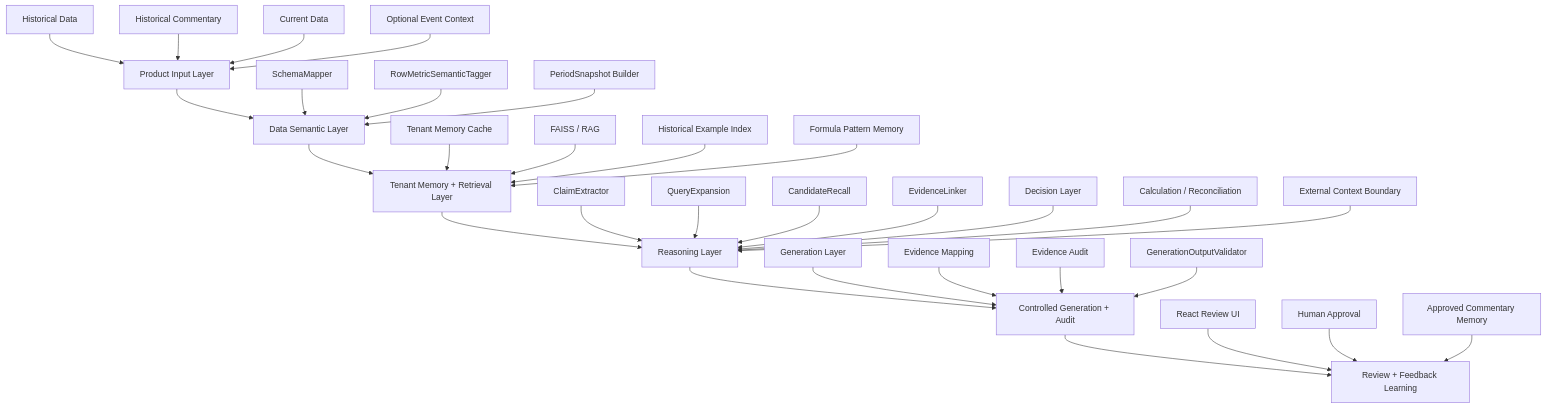
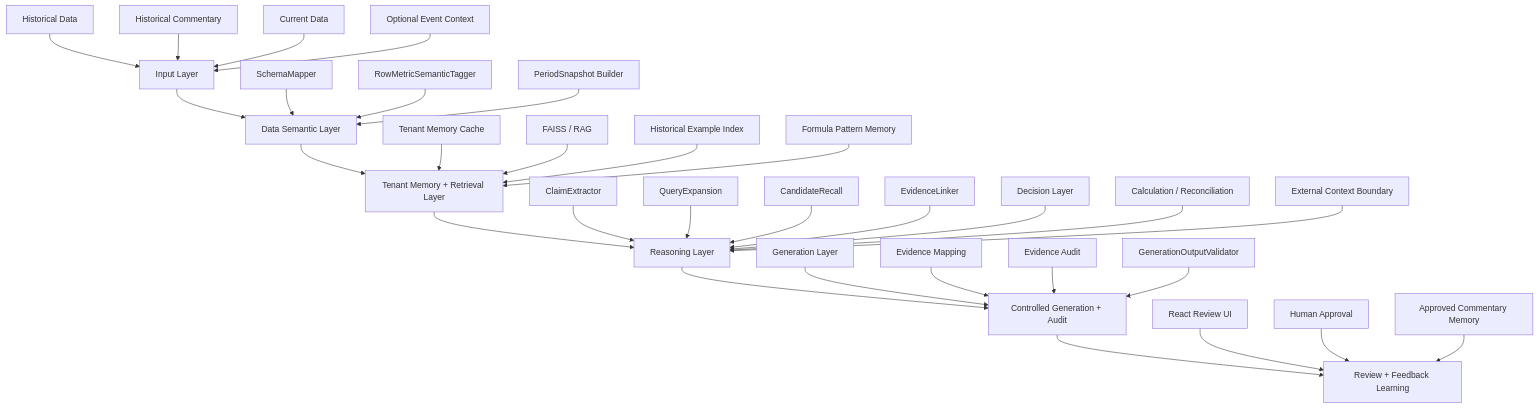
Before and after one commit to xmercuryx007/FCA-Public: the fourth of 12 diagrams in README.md, drawn with Mermaid. The commit also changed other lines of this file, not shown here.

````diff
--- a/README.md
+++ b/README.md
@@ -215,39 +220,39 @@
 ```mermaid
 flowchart TB
-    A[Product Input Layer] --> B[Data Semantic Layer]
+    A[Input Layer] --> B[Data Semantic Layer]
     B --> C[Tenant Memory + Retrieval Layer]
     C --> D[Reasoning Layer]
     D --> E[Controlled Generation + Audit]
     E --> F[Review + Feedback Learning]
 
     A1[Historical Data] --> A
     A2[Historical Commentary] --> A
     A3[Current Data] --> A
     A4[Optional Event Context] --> A
 
     B1[SchemaMapper] --> B
     B2[RowMetricSemanticTagger] --> B
     B3[PeriodSnapshot Builder] --> B
 
     C1[Tenant Memory Cache] --> C
     C2[FAISS / RAG] --> C
     C3[Historical Example Index] --> C
     C4[Formula Pattern Memory] --> C
 
     D1[ClaimExtractor] --> D
     D2[QueryExpansion] --> D
     D3[CandidateRecall] --> D
     D4[EvidenceLinker] --> D
     D5[Decision Layer] --> D
     D6[Calculation / Reconciliation] --> D
     D7[External Context Boundary] --> D
 
     E1[Generation Layer] --> E
     E2[Evidence Mapping] --> E
     E3[Evidence Audit] --> E
     E4[GenerationOutputValidator] --> E
 
     F1[React Review UI] --> F
     F2[Human Approval] --> F
     F3[Approved Commentary Memory] --> F
 ```
````
